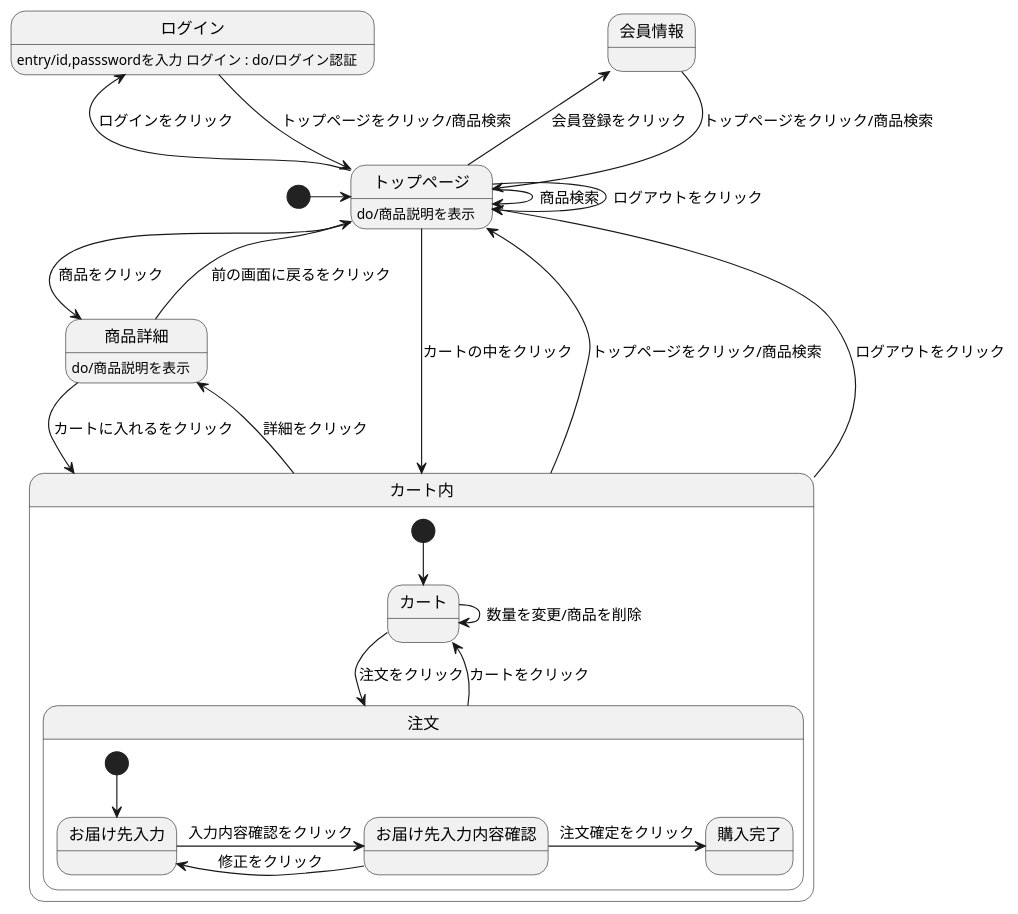
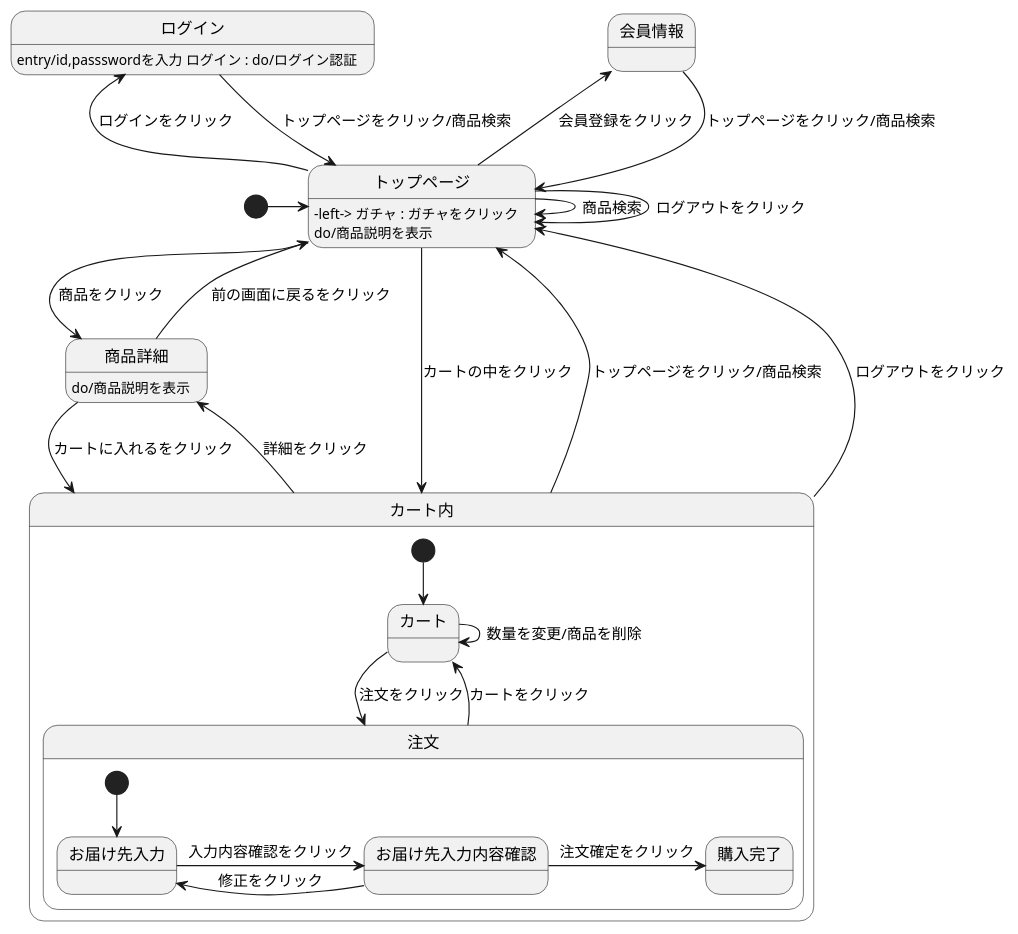
The diagram in 4_01.md (Aso2001220/2021sys-design), drawn with PlantUML before and after one commit.

````diff
--- a/4_01.md
+++ b/4_01.md
@@ -1,34 +1,35 @@
 ```uml
 @startuml
 
 [*] -> トップページ
 会員情報 --> トップページ : トップページをクリック/商品検索
 ログイン --> トップページ : トップページをクリック/商品検索
 ログイン : entry/id,passswordを入力 ログイン : do/ログイン認証
 トップページ --> トップページ : ログアウトをクリック
 トップページ -> トップページ : 商品検索
 トップページ -> 商品詳細 : 商品をクリック
 トップページ -left-> 会員情報 : 会員登録をクリック
 トップページ -left-> ログイン : ログインをクリック
+トップページ : -left-> ガチャ : ガチャをクリック
 トップページ --> カート内 : カートの中をクリック
 トップページ : do/商品説明を表示
 商品詳細 --> カート内 : カートに入れるをクリック
 商品詳細 --> トップページ : 前の画面に戻るをクリック
 商品詳細 : do/商品説明を表示
 カート内 -up-> トップページ : トップページをクリック/商品検索
 カート内 -up-> トップページ : ログアウトをクリック
 カート内 -> 商品詳細 : 詳細をクリック
 state カート内{
 [*] --> カート 
 カート -> 注文 : 注文をクリック
 カート -> カート : 数量を変更/商品を削除
 注文 --> カート : カートをクリック
 state 注文{ 
 [*] --> お届け先入力
 お届け先入力 -> お届け先入力内容確認 : 入力内容確認をクリック
 お届け先入力内容確認 -> お届け先入力 : 修正をクリック
 お届け先入力内容確認 -> 購入完了 : 注文確定をクリック
 } 
 }
 @enduml
 ```
````
